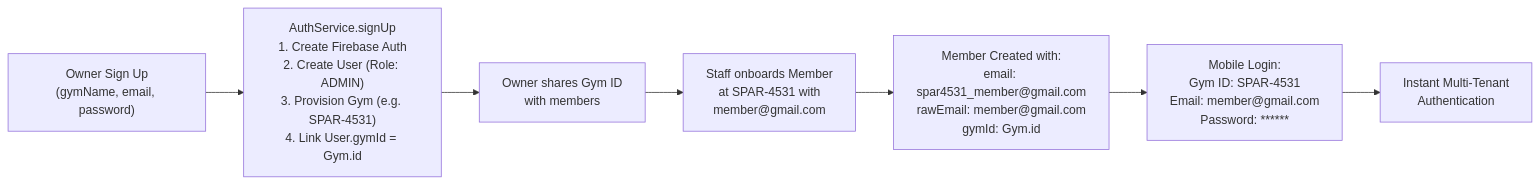
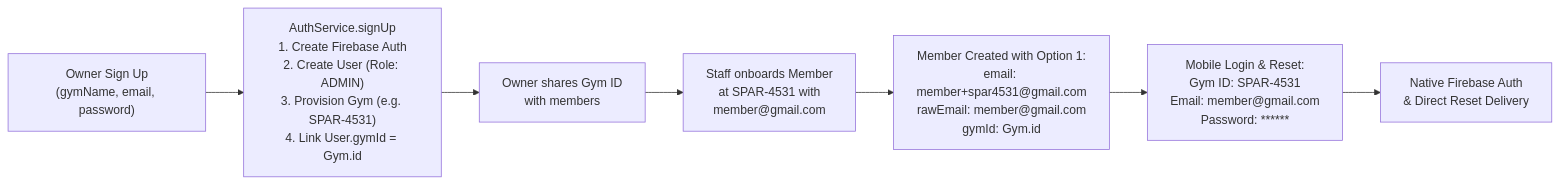
Before and after one commit to ajaysk3433/syncfit: the third of 3 diagrams in docs/BACKEND_ARCHITECTURE.md, drawn with Mermaid. The commit also changed 6 other files, not shown here.

Commit message:
feat(auth): complete Option 1 Plus-Addressing password reset delivery and mobile UI modal

````diff
--- a/docs/BACKEND_ARCHITECTURE.md
+++ b/docs/BACKEND_ARCHITECTURE.md
@@ -99,9 +99,9 @@
 ```mermaid
 graph LR
     OwnerSignUp["Owner Sign Up<br/>(gymName, email, password)"] --> ProvisionGym["AuthService.signUp<br/>1. Create Firebase Auth<br/>2. Create User (Role: ADMIN)<br/>3. Provision Gym (e.g. SPAR-4531)<br/>4. Link User.gymId = Gym.id"]
     ProvisionGym --> ShareGymId["Owner shares Gym ID<br/>with members"]
     ShareGymId --> MemberSignUp["Staff onboards Member<br/>at SPAR-4531 with<br/>member@gmail.com"]
-    MemberSignUp --> ScopedAuth["Member Created with:<br/>email: spar4531_member@gmail.com<br/>rawEmail: member@gmail.com<br/>gymId: Gym.id"]
-    ScopedAuth --> MobileLogin["Mobile Login:<br/>Gym ID: SPAR-4531<br/>Email: member@gmail.com<br/>Password: ******"]
-    MobileLogin --> AuthSuccess["Instant Multi-Tenant<br/>Authentication"]
+    MemberSignUp --> ScopedAuth["Member Created with Option 1:<br/>email: member+spar4531@gmail.com<br/>rawEmail: member@gmail.com<br/>gymId: Gym.id"]
+    ScopedAuth --> MobileLogin["Mobile Login & Reset:<br/>Gym ID: SPAR-4531<br/>Email: member@gmail.com<br/>Password: ******"]
+    MobileLogin --> AuthSuccess["Native Firebase Auth<br/>& Direct Reset Delivery"]
 ```
````
